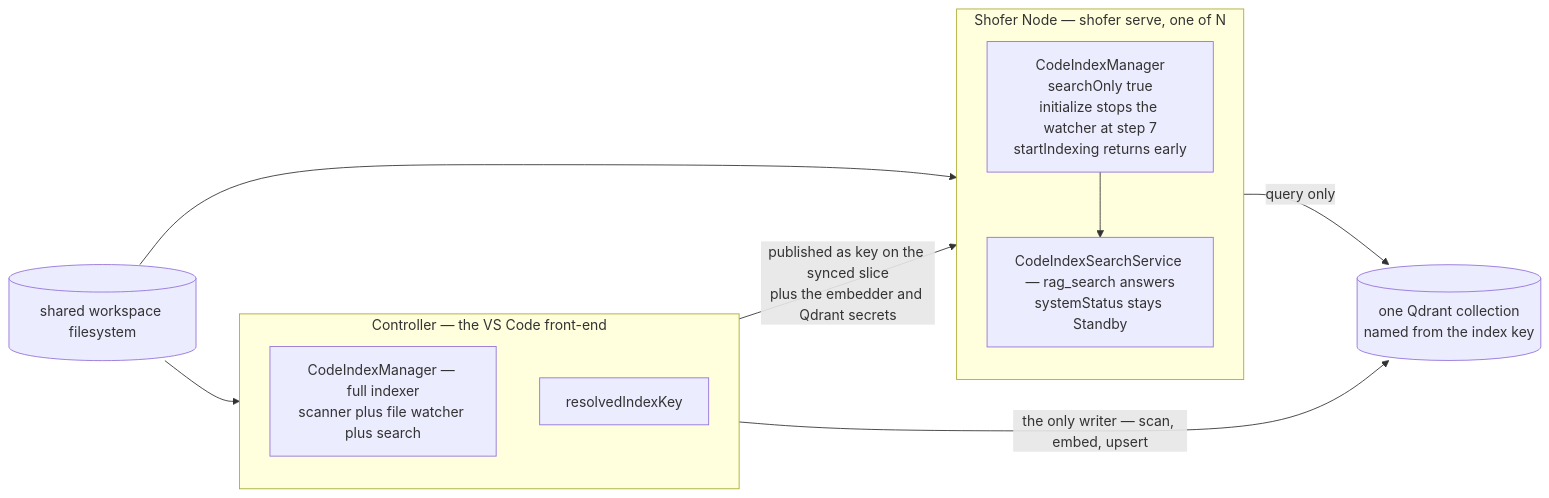
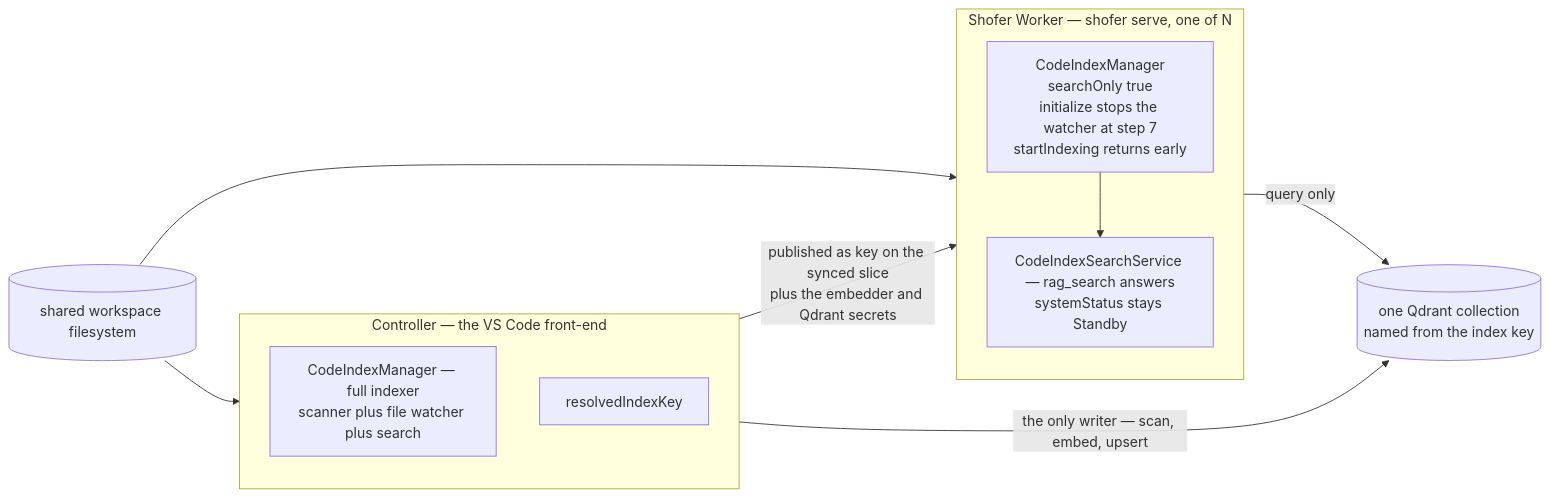
One commit to shofer-dev/shofer changed the fourth of 5 diagrams in plugins/rag-indexing/DESIGN.md. Above: the diagram before and after it, drawn with Mermaid. The commit also changed other lines of this file and 65 other files, not shown here.

````diff
--- a/plugins/rag-indexing/DESIGN.md
+++ b/plugins/rag-indexing/DESIGN.md
@@ -671,22 +671,22 @@
 ```mermaid
 flowchart LR
     subgraph CTRL["Controller — the VS Code front-end"]
         direction TB
         CO["CodeIndexManager — full indexer<br/>scanner plus file watcher plus search"]
         CK["resolvedIndexKey"]
     end
-    subgraph NODE["Shofer Node — shofer serve, one of N"]
+    subgraph NODE["Shofer Worker — shofer serve, one of N"]
         direction TB
         NO["CodeIndexManager<br/>searchOnly true<br/>initialize stops the watcher at step 7<br/>startIndexing returns early"]
         NS["CodeIndexSearchService — rag_search answers<br/>systemStatus stays Standby"]
         NO --> NS
     end
     WS[("shared workspace filesystem")]
     QD[("one Qdrant collection<br/>named from the index key")]
 
     WS --> CO
     WS --> NO
     CO -->|"the only writer — scan, embed, upsert"| QD
     NS -->|"query only"| QD
     CK -->|"published as key on the synced slice<br/>plus the embedder and Qdrant secrets"| NO
 ```
````
